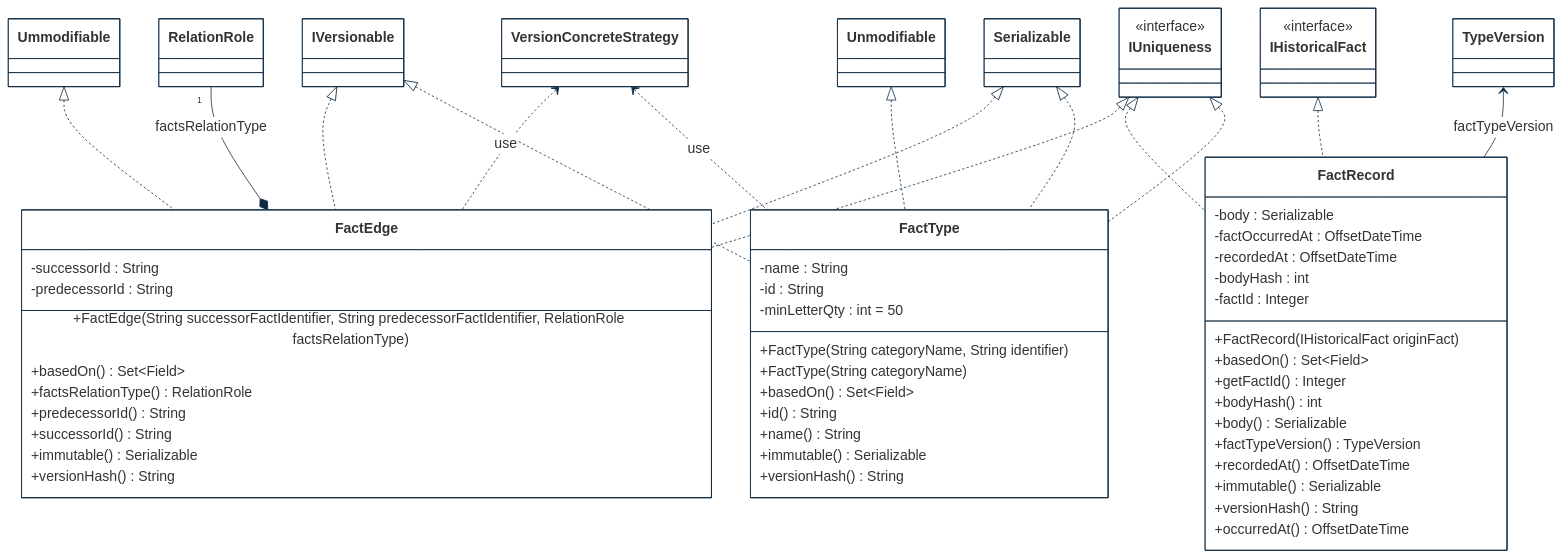
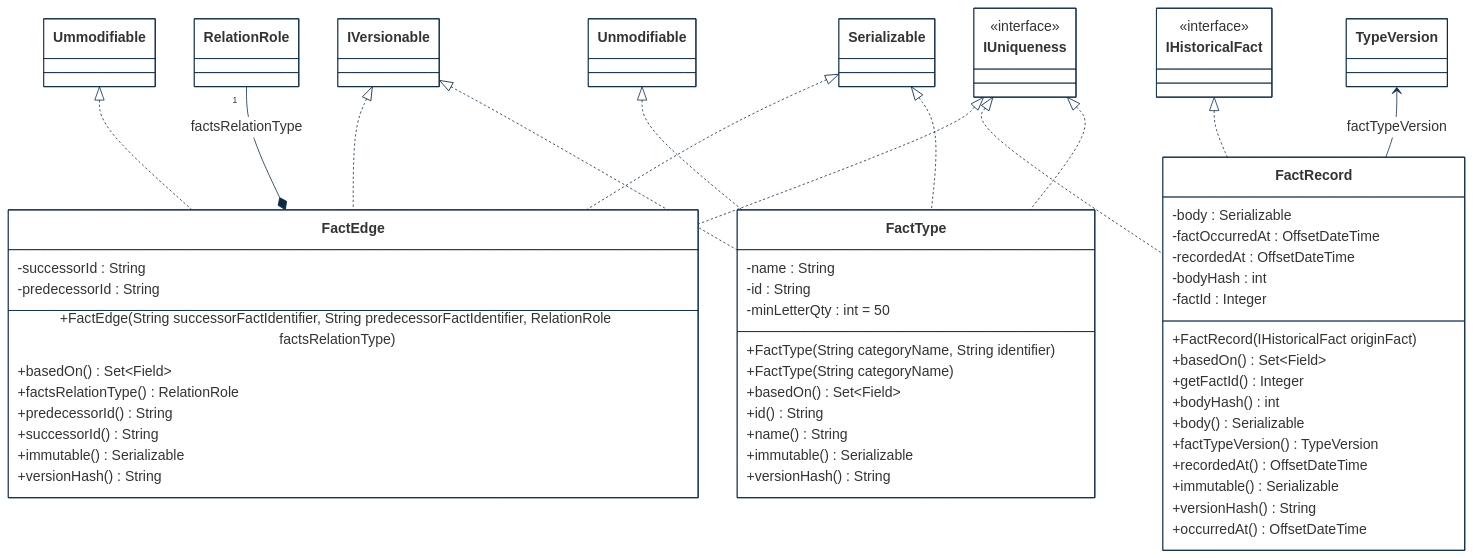
The first of 3 diagrams in implementations-line/framework/immutable/designview-packages.md (cybnity/foundation), drawn with Mermaid before and after one commit.

```diff
--- a/implementations-line/framework/immutable/designview-packages.md
+++ b/implementations-line/framework/immutable/designview-packages.md
@@ -37,8 +37,6 @@
     IVersionable <|.. FactType
     RelationRole "1" --* FactEdge : factsRelationType
     IHistoricalFact <|.. FactRecord
-    VersionConcreteStrategy <.. FactEdge : use
-    VersionConcreteStrategy <.. FactType : use
     IUniqueness <|.. FactEdge
     IUniqueness <|.. FactRecord
     IUniqueness <|.. FactType
```
